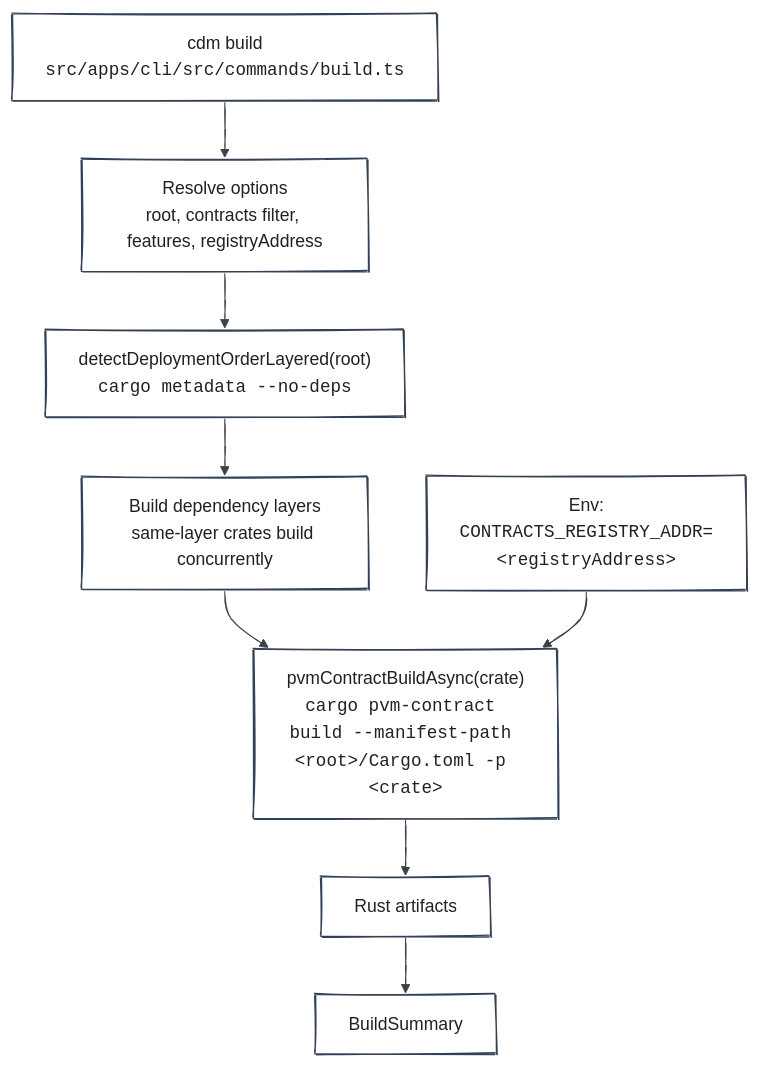
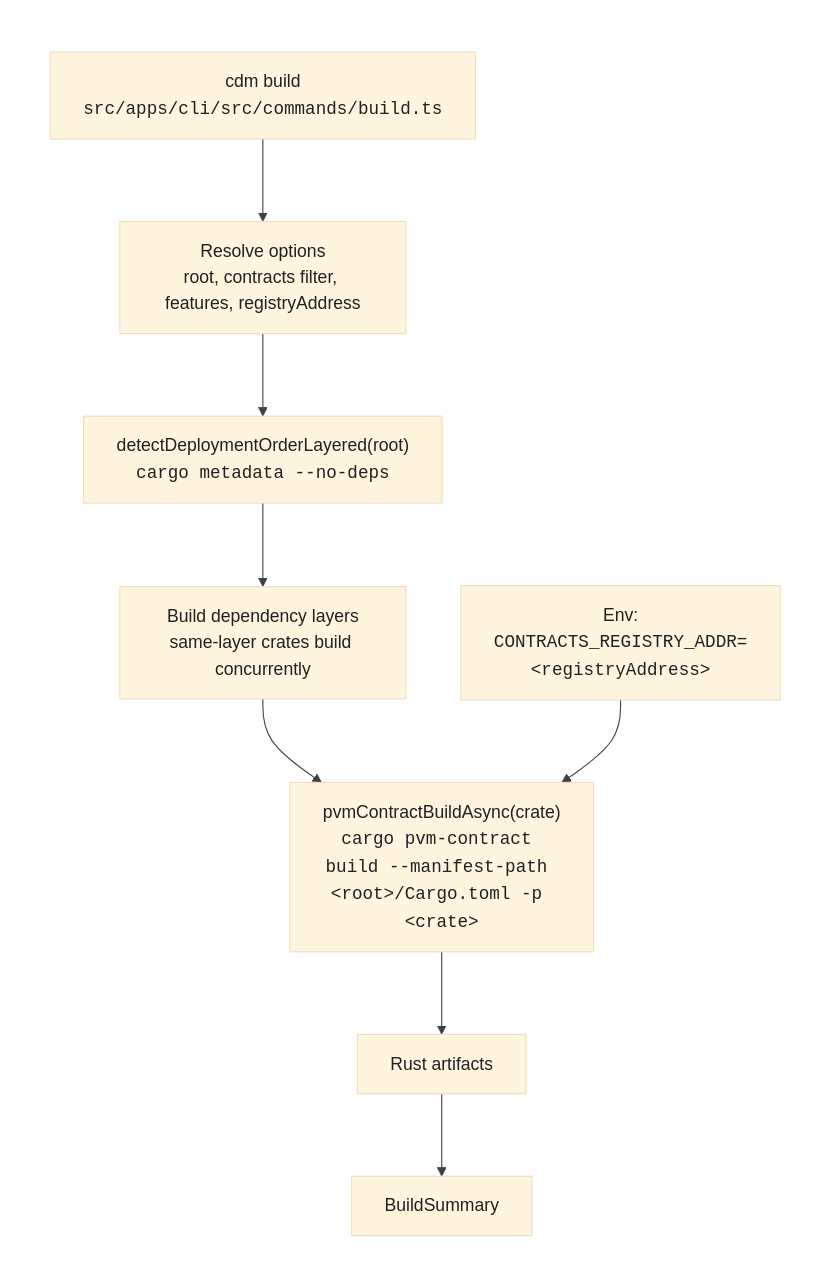
One commit to paritytech/contract-dependency-manager changed the third of 9 diagrams in specs/cdm-system.md. Above: the diagram before and after it, drawn with Mermaid. The commit also changed other lines of this file, not shown here.

Commit message:
docs: simplify mermaid diagram styling

````diff
--- a/specs/cdm-system.md
+++ b/specs/cdm-system.md
@@ -84,16 +96,22 @@
 ```mermaid
-%%{init: {"theme": "base", "look": "handDrawn", "flowchart": {"curve": "basis"}, "themeVariables": {"background": "#ffffff", "mainBkg": "#ffffff", "primaryColor": "#ffffff", "primaryTextColor": "#202124", "primaryBorderColor": "#334155", "lineColor": "#3f3f46", "clusterBkg": "#ffffff", "clusterBorder": "#ffffff", "tertiaryColor": "#ffffff", "fontFamily": "Virgil, Comic Sans MS, sans-serif"}}}%%
+%%{init: {"theme": "base", "flowchart": {"curve": "basis"}, "themeVariables": {"background": "#ffffff", "primaryTextColor": "#202124", "lineColor": "#3f3f46", "fontFamily": "Inter, Arial, sans-serif"}}}%%
 flowchart TD
+    subgraph canvas[" "]
+    direction TD
+
     cmd["cdm build<br/><code>src/apps/cli/src/commands/build.ts</code>"]
     opts["Resolve options<br/>root, contracts filter, features, registryAddress"]
     detect["detectDeploymentOrderLayered(root)<br/><code>cargo metadata --no-deps</code>"]
     dependencyLayers["Build dependency layers<br/>same-layer crates build concurrently"]
     build["pvmContractBuildAsync(crate)<br/><code>cargo pvm-contract build --manifest-path &lt;root&gt;/Cargo.toml -p &lt;crate&gt;</code>"]
     env["Env:<br/><code>CONTRACTS_REGISTRY_ADDR=&lt;registryAddress&gt;</code>"]
     artifacts["Rust artifacts"]
     summary["BuildSummary"]
 
     cmd --> opts --> detect --> dependencyLayers --> build
     env --> build
     build --> artifacts --> summary
+    end
+
+    style canvas fill:#ffffff,stroke:#ffffff,color:#ffffff
 ```
````
